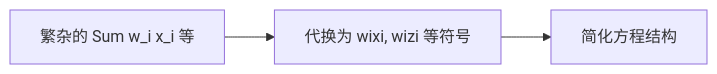
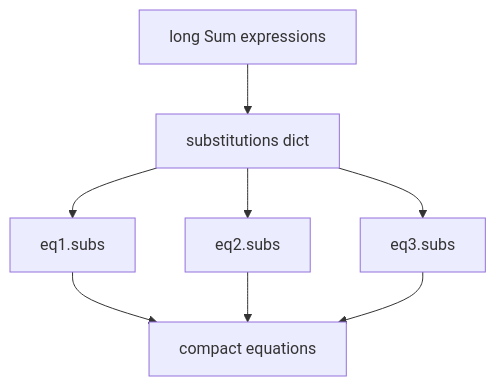
Diagram 11 of 13 in docs/blog/Theory/motiongraph_pointcloud_derivation/README.md (EvihGraphics/AnimationTech-HTC), drawn with Mermaid before and after one commit. The commit also changed other lines of this file and 6 other files, not shown here.

````diff
--- a/docs/blog/Theory/motiongraph_pointcloud_derivation/README.md
+++ b/docs/blog/Theory/motiongraph_pointcloud_derivation/README.md
@@ -145,5 +281,10 @@
 ```mermaid
-flowchart LR
-    A[繁杂的 Sum w_i x_i 等] --> B[代换为 wixi, wizi 等符号]
-    B --> C[简化方程结构]
+flowchart TD
+    A[long Sum expressions] --> B[substitutions dict]
+    B --> C[eq1.subs]
+    B --> D[eq2.subs]
+    B --> E[eq3.subs]
+    C --> F[compact equations]
+    D --> F
+    E --> F
 ```
````
